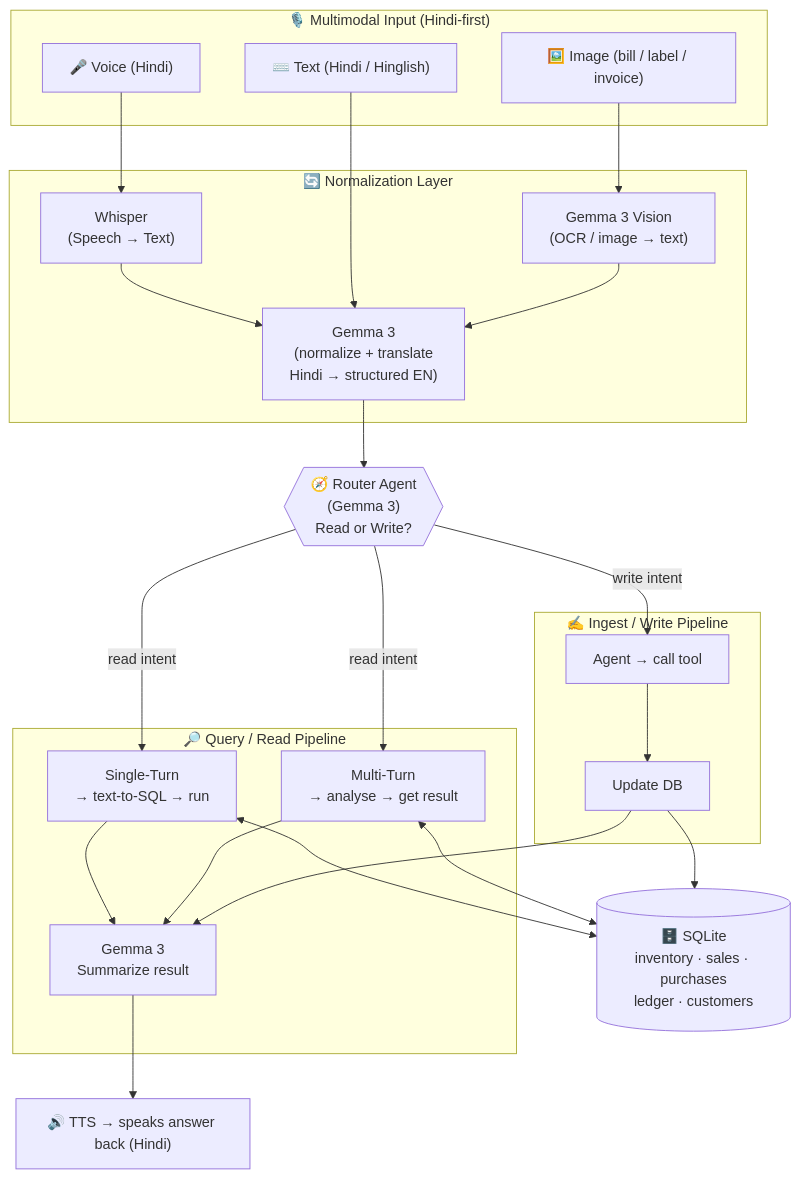
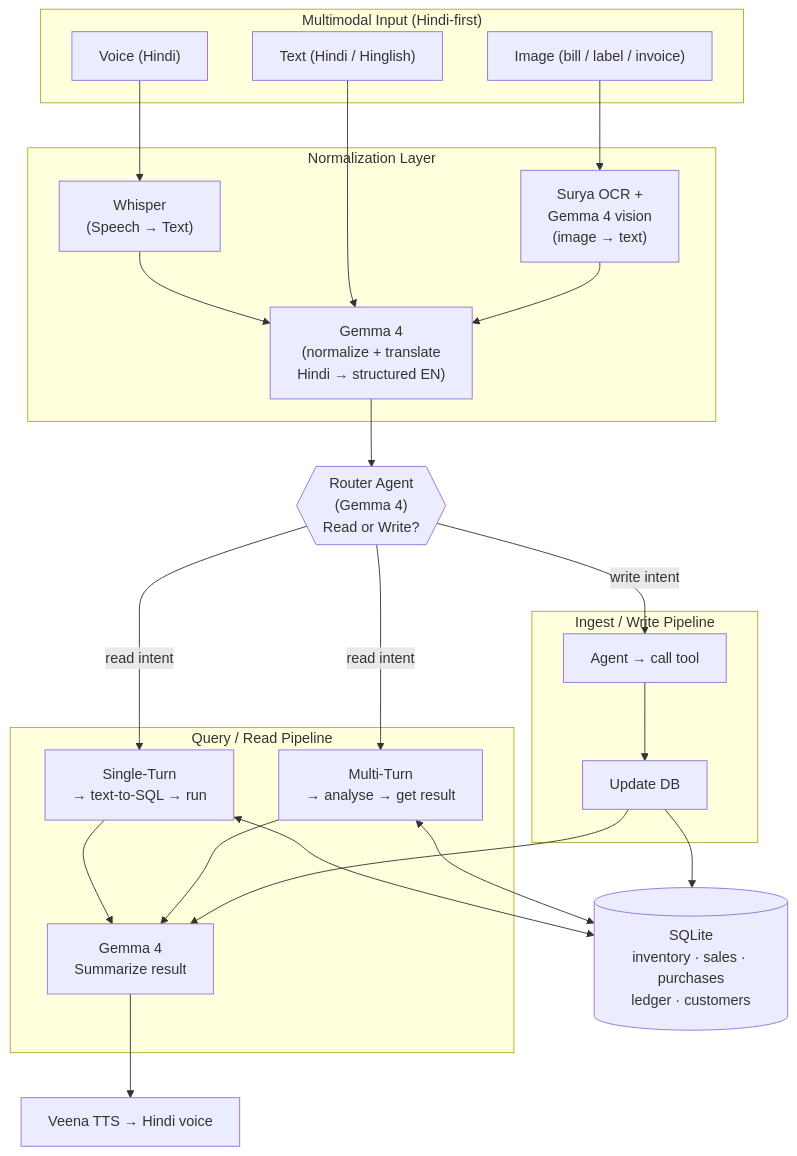
The first of 6 diagrams in design.md (PrathamSingla15/dukaan-saathi), drawn with Mermaid before and after one commit. The commit also changed other lines of this file and 76 other files, not shown here.

````diff
--- a/design.md
+++ b/design.md
@@ -25,44 +25,44 @@
 ```mermaid
 flowchart TB
-    subgraph IN["🎙️ Multimodal Input (Hindi-first)"]
-        V["🎤 Voice (Hindi)"]
-        T["⌨️ Text (Hindi / Hinglish)"]
-        I["🖼️ Image (bill / label / invoice)"]
+    subgraph IN["Multimodal Input (Hindi-first)"]
+        V["Voice (Hindi)"]
+        T["Text (Hindi / Hinglish)"]
+        I["Image (bill / label / invoice)"]
     end
 
-    subgraph PRE["🔄 Normalization Layer"]
+    subgraph PRE["Normalization Layer"]
         STT["Whisper<br/>(Speech → Text)"]
-        OCR["Gemma 3 Vision<br/>(OCR / image → text)"]
-        NORM["Gemma 3<br/>(normalize + translate<br/>Hindi → structured EN)"]
+        OCR["Surya OCR +<br/>Gemma 4 vision<br/>(image → text)"]
+        NORM["Gemma 4<br/>(normalize + translate<br/>Hindi → structured EN)"]
     end
 
-    ROUTER{{"🧭 Router Agent<br/>(Gemma 3)<br/>Read or Write?"}}
+    ROUTER{{"Router Agent<br/>(Gemma 4)<br/>Read or Write?"}}
 
-    subgraph WRITE["✍️ Ingest / Write Pipeline"]
+    subgraph WRITE["Ingest / Write Pipeline"]
         WTOOL["Agent → call tool"]
         DBW["Update DB"]
     end
 
-    subgraph READ["🔎 Query / Read Pipeline"]
+    subgraph READ["Query / Read Pipeline"]
         ST["Single-Turn<br/>→ text-to-SQL → run"]
         MT["Multi-Turn<br/>→ analyse → get result"]
-        SUM["Gemma 3<br/>Summarize result"]
+        SUM["Gemma 4<br/>Summarize result"]
     end
 
-    DB[("🗄️ SQLite<br/>inventory · sales · purchases<br/>ledger · customers")]
-    TTS["🔊 TTS → speaks answer back (Hindi)"]
+    DB[("SQLite<br/>inventory · sales · purchases<br/>ledger · customers")]
+    TTS["Veena TTS → Hindi voice"]
 
     V --> STT --> NORM
     T --> NORM
     I --> OCR --> NORM
     NORM --> ROUTER
     ROUTER -->|"write intent"| WTOOL --> DBW --> DB
     ROUTER -->|"read intent"| ST
     ROUTER -->|"read intent"| MT
     ST <--> DB
     MT <--> DB
     ST --> SUM
     MT --> SUM
     SUM --> TTS
     DBW --> SUM
 ```
````
